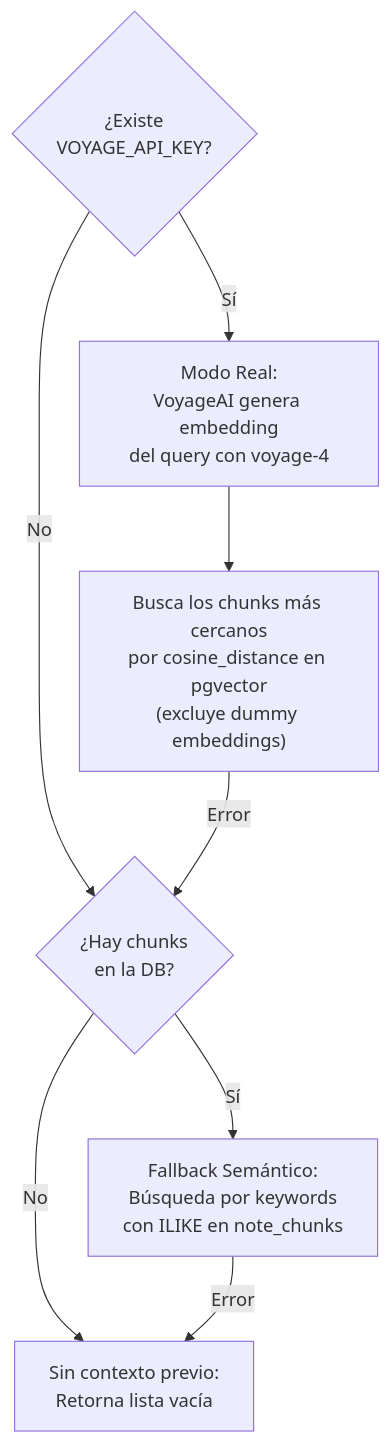
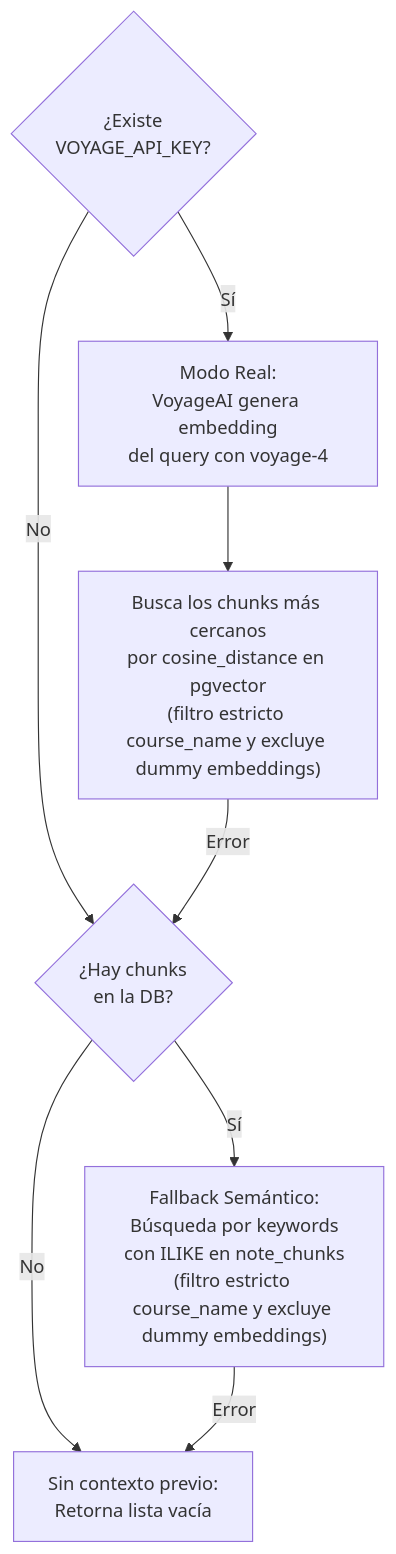
One commit to JamesKristofUbiarco/Concat-notes changed the fifth of 9 diagrams in docs/agent-architecture.md. Above: the diagram before and after it, drawn with Mermaid. The commit also changed other lines of this file and 2 other files, not shown here.

Commit message:
docs: update documentation to describe Markdown/TeX/Mermaid previewer modal and hybrid course-filtered RAG

````diff
--- a/docs/agent-architecture.md
+++ b/docs/agent-architecture.md
@@ -215,10 +227,10 @@
 ```mermaid
 graph TD
     A{"¿Existe<br/>VOYAGE_API_KEY?"} -->|Sí| B["Modo Real:<br/>VoyageAI genera embedding<br/>del query con voyage-4"]
-    B --> B2["Busca los chunks más cercanos<br/>por cosine_distance en pgvector<br/>(excluye dummy embeddings)"]
+    B --> B2["Busca los chunks más cercanos<br/>por cosine_distance en pgvector<br/>(filtro estricto course_name y excluye dummy embeddings)"]
     A -->|No| C{"¿Hay chunks<br/>en la DB?"}
     B2 -->|Error| C
-    C -->|Sí| D["Fallback Semántico:<br/>Búsqueda por keywords<br/>con ILIKE en note_chunks"]
+    C -->|Sí| D["Fallback Semántico:<br/>Búsqueda por keywords<br/>con ILIKE en note_chunks<br/>(filtro estricto course_name y excluye dummy embeddings)"]
     C -->|No| E["Sin contexto previo:<br/>Retorna lista vacía"]
     D -->|Error| E
 ```
````
